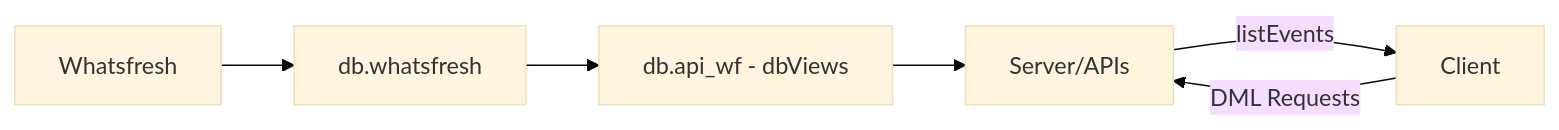
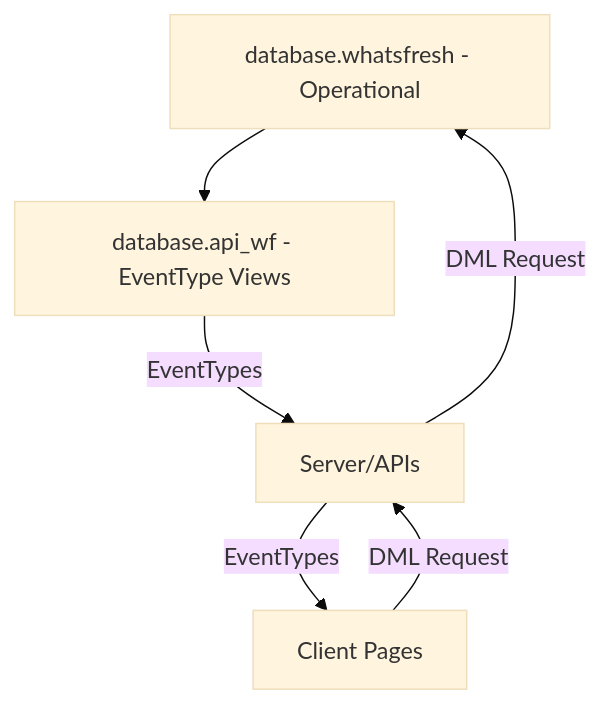
One commit to pchambless/whatsfresh-docs changed the diagram in README.md. Above: the diagram before and after it, drawn with Mermaid (base theme). The commit also changed other lines of this file and 3 other files, not shown here.

````diff
--- a/README.md
+++ b/README.md
@@ -28,8 +37,10 @@
 ```mermaid
-graph LR
-    A[Whatsfresh] --> DB[db.whatsfresh]
-    DB --> DBV[db.api_wf - dbViews]
-    DBV --> C[Server/APIs]
-    C --> |listEvents| B[Client] 
-    B --> |DML Requests| C
+graph TD
+    DB[database.whatsfresh - Operational]
+    DB --> DBV[database.api_wf - EventType Views]
+    DBV --> |EventTypes|C[Server/APIs]
+    C --> |EventTypes| B[Client Pages] 
+    B --> |DML Request| C
+    C --> |DML Request| DB
+
 ```
````
